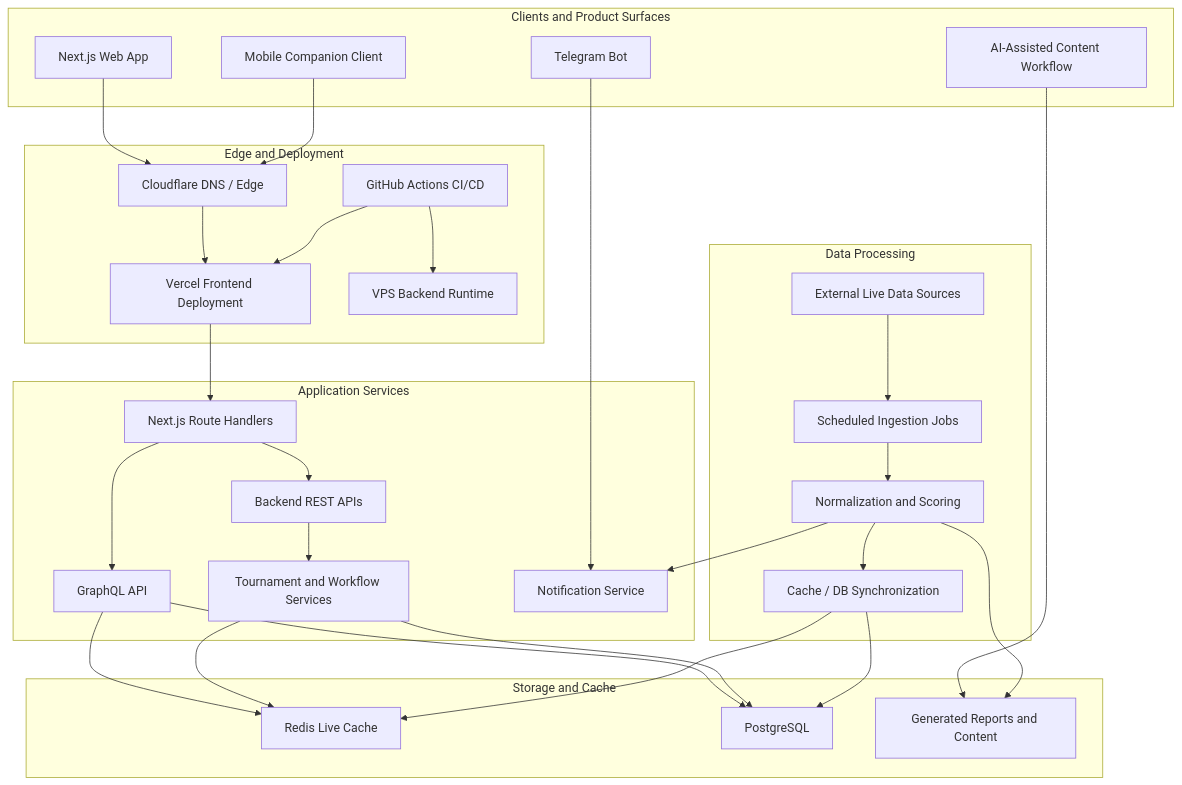
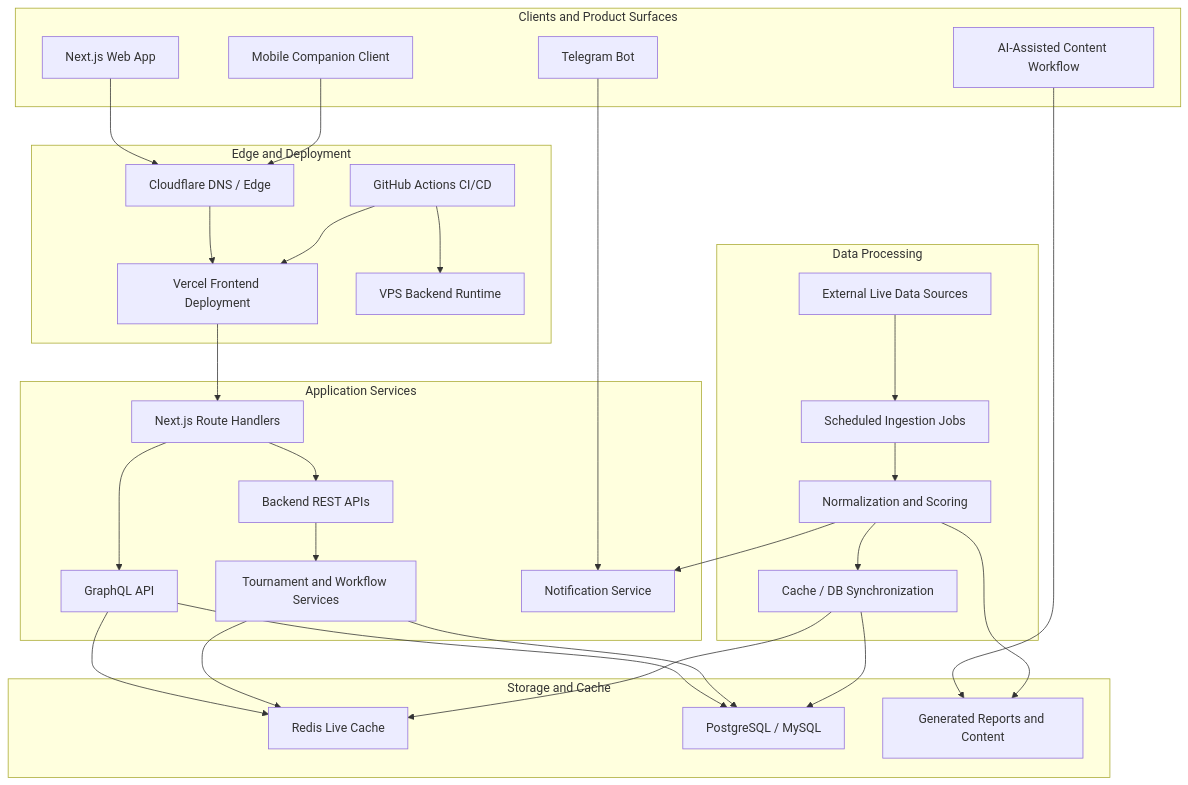
Before and after one commit to tonglam/letletme-case-study: the diagram in README.md, drawn with Mermaid. The commit also changed other lines of this file and 3 other files, not shown here.

````diff
--- a/README.md
+++ b/README.md
@@ -55,60 +52,60 @@
 ```mermaid
 flowchart TB
   subgraph clients["Clients and Product Surfaces"]
     web["Next.js Web App"]
     mobile["Mobile Companion Client"]
     telegram["Telegram Bot"]
     ai["AI-Assisted Content Workflow"]
   end
 
   subgraph delivery["Edge and Deployment"]
     cloudflare["Cloudflare DNS / Edge"]
     vercel["Vercel Frontend Deployment"]
     vps["VPS Backend Runtime"]
     actions["GitHub Actions CI/CD"]
   end
 
   subgraph app["Application Services"]
     routeHandlers["Next.js Route Handlers"]
     rest["Backend REST APIs"]
     graphql["GraphQL API"]
     workflow["Tournament and Workflow Services"]
     notify["Notification Service"]
   end
 
   subgraph processing["Data Processing"]
     external["External Live Data Sources"]
     ingestion["Scheduled Ingestion Jobs"]
     normalize["Normalization and Scoring"]
     sync["Cache / DB Synchronization"]
   end
 
   subgraph storage["Storage and Cache"]
     redis["Redis Live Cache"]
-    db["PostgreSQL"]
+    db["PostgreSQL / MySQL"]
     artifacts["Generated Reports and Content"]
   end
 
   web --> cloudflare --> vercel
   mobile --> cloudflare
   telegram --> notify
   ai --> artifacts
 
   actions --> vercel
   actions --> vps
   vercel --> routeHandlers
   routeHandlers --> graphql
   routeHandlers --> rest
 
   rest --> workflow
   graphql --> redis
   graphql --> db
   workflow --> redis
   workflow --> db
 
   external --> ingestion --> normalize --> sync
   sync --> redis
   sync --> db
   normalize --> notify
   normalize --> artifacts
 ```
````
